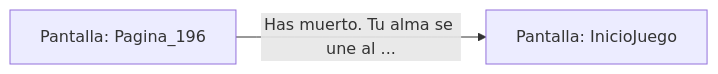
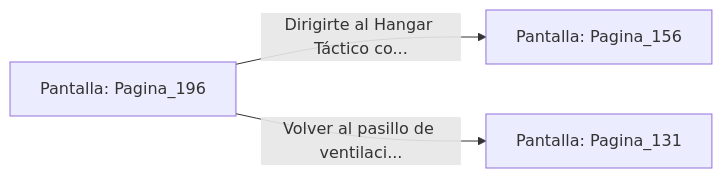
Before and after one commit to metsuke/mpl: the diagram in sample/eligejuego-vault/Pantalla_Pagina_196.md, drawn with Mermaid. The commit also changed other lines of this file and 635 other files, not shown here.

First line of the commit message:
fix: añadir Pagina_1 como pantalla inicial en capitulo_01.mpl

````diff
--- a/sample/eligejuego-vault/Pantalla_Pagina_196.md
+++ b/sample/eligejuego-vault/Pantalla_Pagina_196.md
@@ -17,5 +22,6 @@
 ```mermaid
 graph LR
     P_Pagina_196["Pantalla: Pagina_196"]
-    P_Pagina_196 -->|"Has muerto. Tu alma se une al ..."| P_InicioJuego["Pantalla: InicioJuego"]
+    P_Pagina_196 -->|"Dirigirte al Hangar Táctico co..."| P_Pagina_156["Pantalla: Pagina_156"]
+    P_Pagina_196 -->|"Volver al pasillo de ventilaci..."| P_Pagina_131["Pantalla: Pagina_131"]
 ```
````
